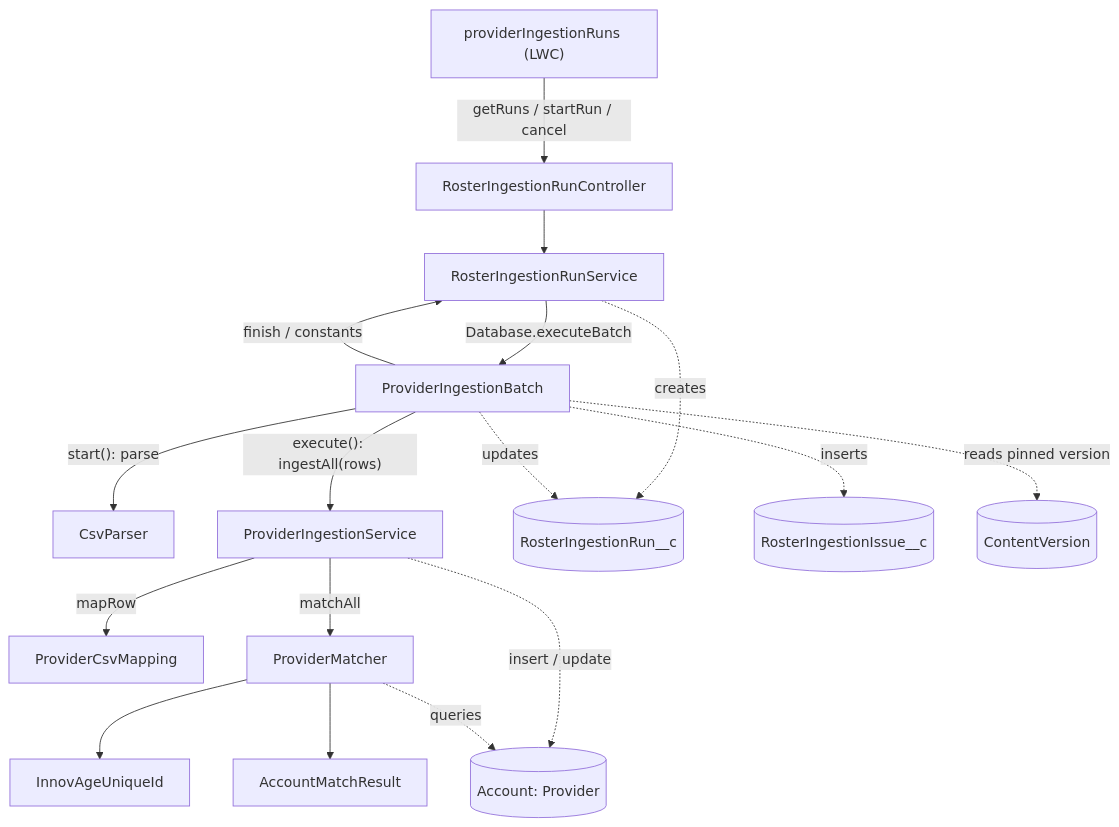
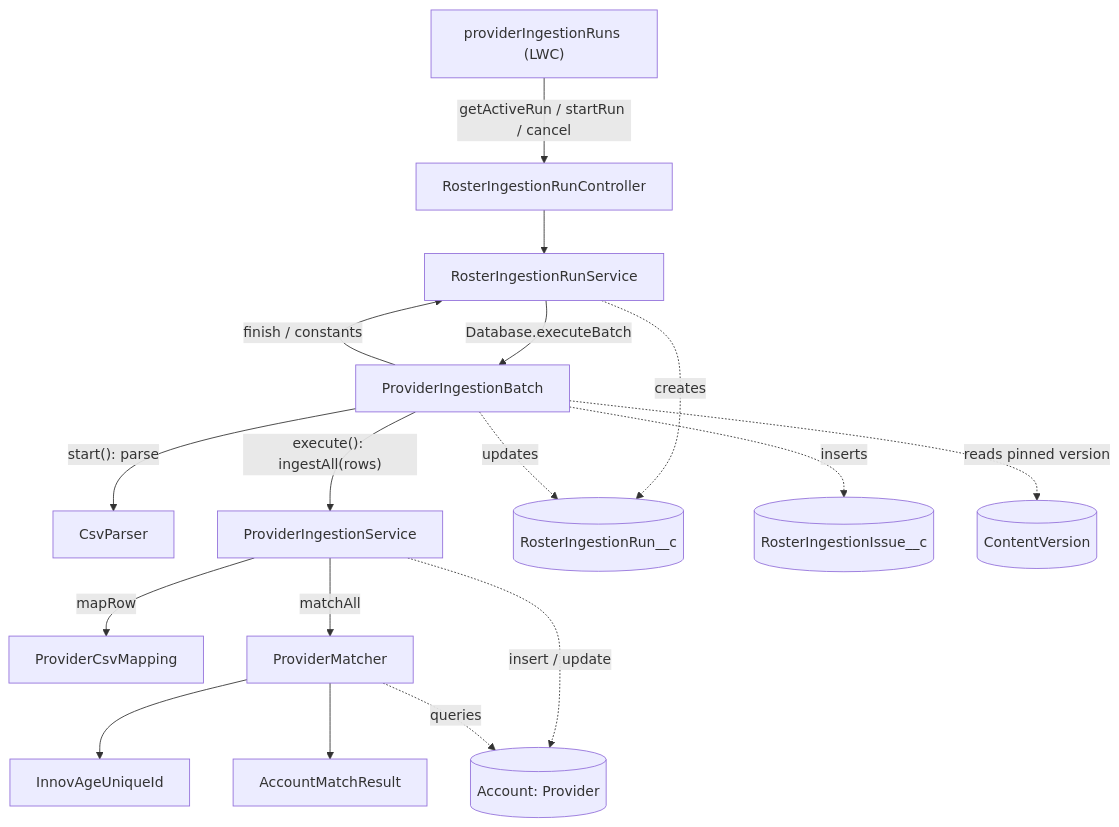
One commit to iwaisman/innovage changed the first of 3 diagrams in docs/architecture/provider-bulk-ingestion.md. Above: the diagram before and after it, drawn with Mermaid. The commit also changed other lines of this file and 6 other files, not shown here.

First line of the commit message:
Provider Ingestion: split out the run list into a standard dynamic related list.

````diff
--- a/docs/architecture/provider-bulk-ingestion.md
+++ b/docs/architecture/provider-bulk-ingestion.md
@@ -75,21 +75,21 @@
 ```mermaid
 flowchart TD
-    LWC["providerIngestionRuns (LWC)"] -->|getRuns / startRun / cancel| CTRL[RosterIngestionRunController]
+    LWC["providerIngestionRuns (LWC)"] -->|getActiveRun / startRun / cancel| CTRL[RosterIngestionRunController]
     CTRL --> RUN[RosterIngestionRunService]
     RUN -->|Database.executeBatch| BATCH[ProviderIngestionBatch]
     BATCH -->|finish / constants| RUN
 
     BATCH -->|"start(): parse"| CSV[CsvParser]
     BATCH -->|"execute(): ingestAll(rows)"| SVC[ProviderIngestionService]
     SVC -->|mapRow| MAP[ProviderCsvMapping]
     SVC -->|matchAll| MATCH[ProviderMatcher]
     MATCH --> UID[InnovAgeUniqueId]
     MATCH --> AMR[AccountMatchResult]
 
     RUN -.->|creates| RUNOBJ[(RosterIngestionRun__c)]
     BATCH -.->|updates| RUNOBJ
     BATCH -.->|inserts| ISSUE[(RosterIngestionIssue__c)]
     BATCH -.->|reads pinned version| CV[(ContentVersion)]
     SVC -.->|insert / update| ACC[(Account: Provider)]
     MATCH -.->|queries| ACC
 ```
````
